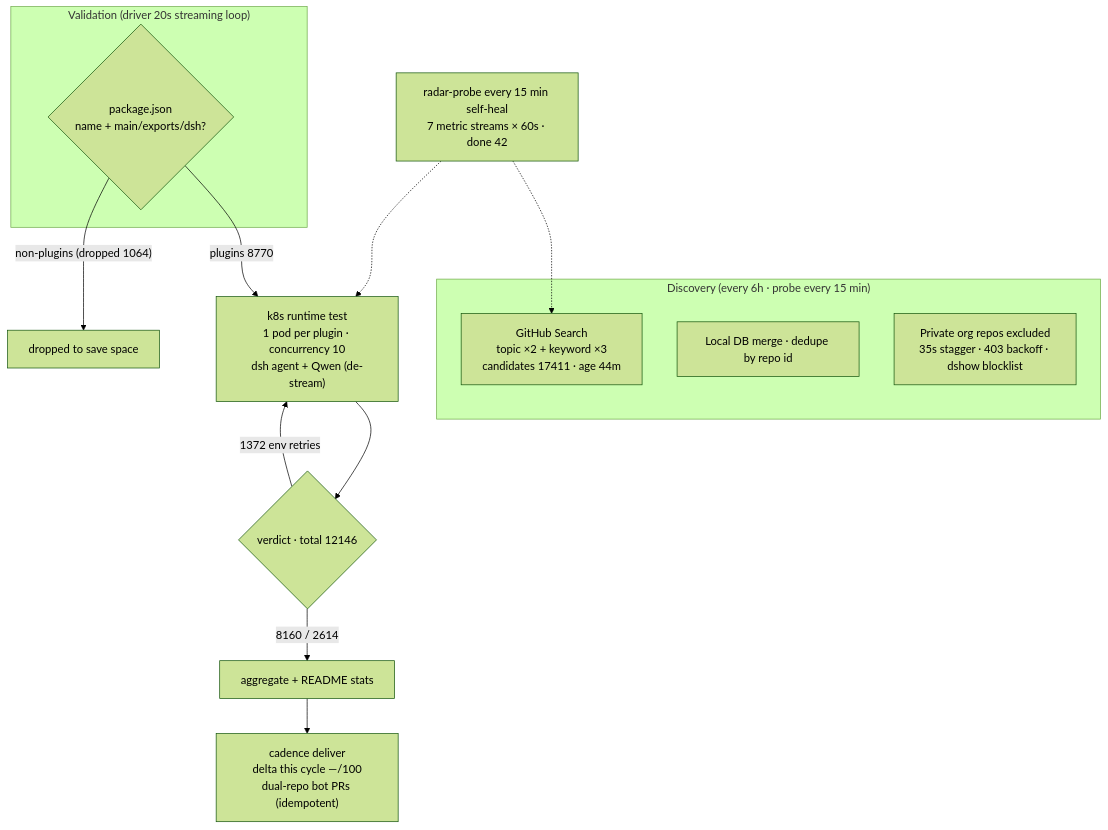
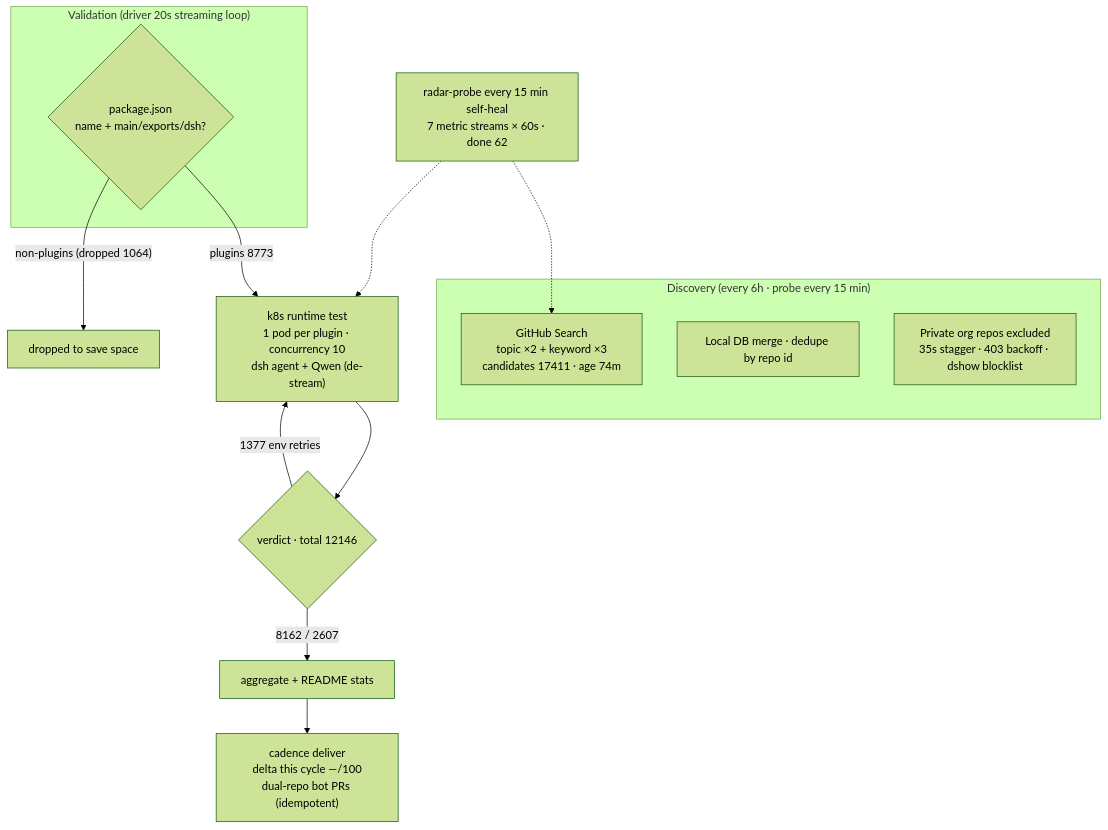
The diagram in README.en-US.md (AdamPlatin123/awesome-dsh-plugins), drawn with Mermaid (forest theme) before and after one commit. The commit also changed other lines of this file and 5 other files, not shown here.

````diff
--- a/README.en-US.md
+++ b/README.en-US.md
@@ -45,20 +45,20 @@
 ```mermaid
 flowchart TB
     subgraph Discovery["Discovery (every 6h · probe every 15 min)"]
-        A1["GitHub Search<br/>topic ×2 + keyword ×3<br/>candidates 17411 · age 44m"]
+        A1["GitHub Search<br/>topic ×2 + keyword ×3<br/>candidates 17411 · age 74m"]
         A2["Local DB merge · dedupe by repo id"]
         A3["Private org repos excluded<br/>35s stagger · 403 backoff · dshow blocklist"]
     end
     subgraph Validation["Validation (driver 20s streaming loop)"]
         B1{"package.json<br/>name + main/exports/dsh?"}
     end
-    B1 -->|"plugins 8770"| C1["k8s runtime test<br/>1 pod per plugin · concurrency 10<br/>dsh agent + Qwen (de-stream)"]
+    B1 -->|"plugins 8773"| C1["k8s runtime test<br/>1 pod per plugin · concurrency 10<br/>dsh agent + Qwen (de-stream)"]
     B1 -->|"non-plugins (dropped 1064)"| B3["dropped to save space"]
     C1 --> D1{"verdict · total 12146"}
-    D1 -->|"8160 / 2614"| E1["aggregate + README stats"]
-    D1 -->|"1372 env retries"| C1
+    D1 -->|"8162 / 2607"| E1["aggregate + README stats"]
+    D1 -->|"1377 env retries"| C1
     E1 --> E2["cadence deliver<br/>delta this cycle —/100<br/>dual-repo bot PRs (idempotent)"]
-    M["radar-probe every 15 min self-heal<br/>7 metric streams × 60s · done 42"]
+    M["radar-probe every 15 min self-heal<br/>7 metric streams × 60s · done 62"]
     M -.-> A1
     M -.-> C1
 ```
````
